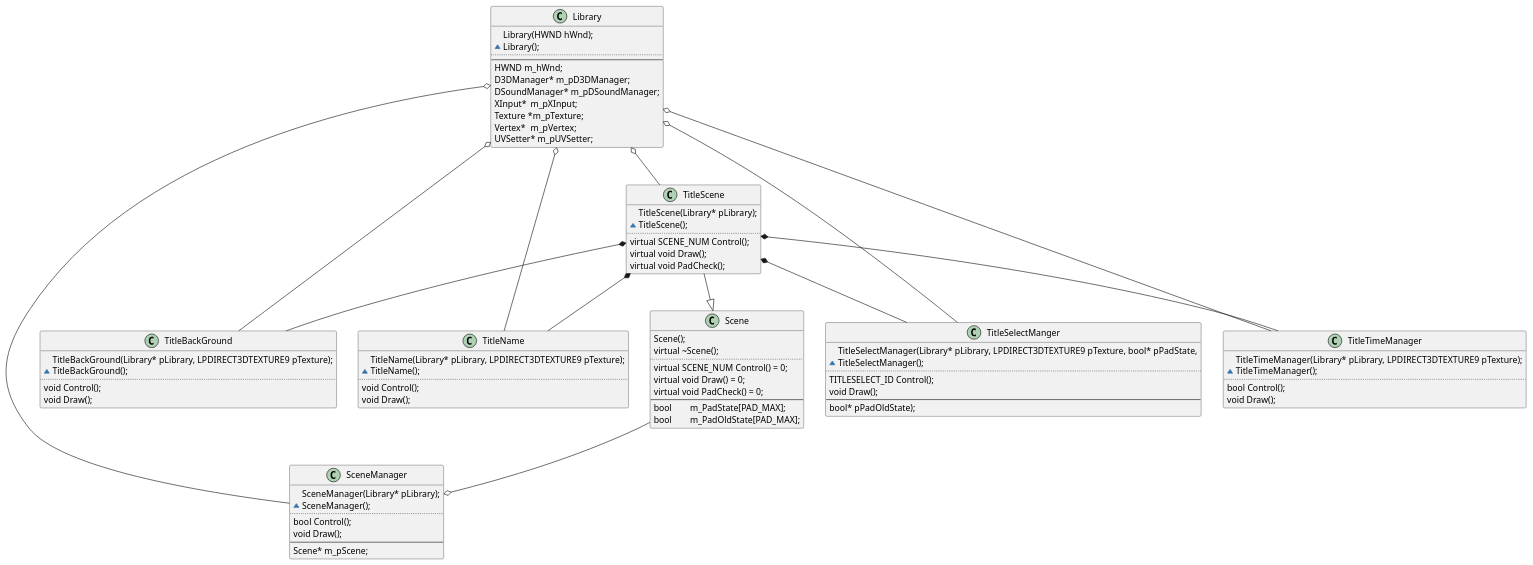
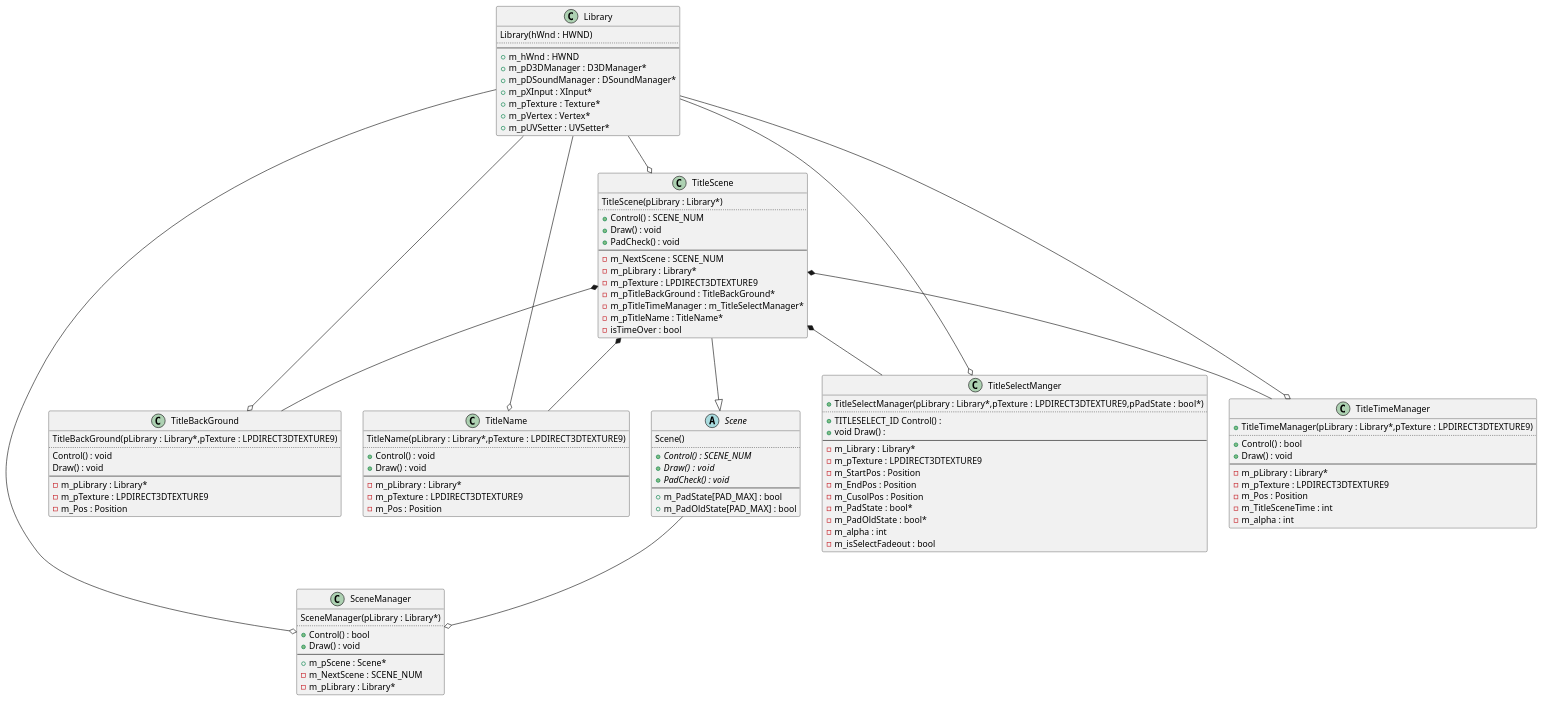
The diagram in 試験/ClassDiagram.pu (human-osaka-game-2019/uml), drawn with PlantUML before and after one commit.

Commit message:
指摘の修正
umlの規則に従って変更
Agreegationの向きの修正
インデントを下げた
セミコロンを削除

```diff
--- a/試験/ClassDiagram.pu
+++ b/試験/ClassDiagram.pu
@@ -1,96 +1,121 @@
 @startuml
 class Library{
-Library(HWND hWnd);
-~Library();
+    Library(hWnd : HWND)
 ..
 --
-HWND m_hWnd;
-D3DManager* m_pD3DManager;
-DSoundManager* m_pDSoundManager;
-XInput*	m_pXInput;
-Texture *m_pTexture;
-Vertex*	m_pVertex;
-UVSetter* m_pUVSetter;
+   + m_hWnd : HWND
+   + m_pD3DManager : D3DManager*
+   + m_pDSoundManager : DSoundManager* 
+   + m_pXInput : XInput*	
+   + m_pTexture : Texture*
+   + m_pVertex : Vertex*
+   + m_pUVSetter : UVSetter* 
 }
 
-class Scene{
-Scene();
-virtual ~Scene();
+abstract class Scene{
+    Scene()
 ..
-virtual SCENE_NUM Control() = 0;
-virtual void Draw() = 0;
-virtual void PadCheck() = 0;
+    {abstract} + Control() : SCENE_NUM
+    {abstract} + Draw() :  void
+    {abstract} + PadCheck() : void 
 --
-bool	m_PadState[PAD_MAX];
-bool	m_PadOldState[PAD_MAX];
+    + m_PadState[PAD_MAX] : bool
+    + m_PadOldState[PAD_MAX] : bool
 }
 
 class SceneManager{
-SceneManager(Library* pLibrary);
-~SceneManager();
+    SceneManager(pLibrary : Library*)
 ..
-bool Control();
-void Draw();
+   + Control() : bool
+   + Draw() : void
 --
-Scene* m_pScene;	
+   + m_pScene : Scene*
+   - m_NextScene : SCENE_NUM 
+   - m_pLibrary : Library*
 }
 
 class TitleBackGround{
-TitleBackGround(Library* pLibrary, LPDIRECT3DTEXTURE9 pTexture);
-~TitleBackGround();
+    TitleBackGround(pLibrary : Library*,pTexture : LPDIRECT3DTEXTURE9)
 ..
-void Control();
-void Draw();
+    Control() : void
+    Draw() : void
+--
+   - m_pLibrary : Library* 
+   - m_pTexture : LPDIRECT3DTEXTURE9 
+   - m_Pos : Position 
 }
 
 class TitleName{
-TitleName(Library* pLibrary, LPDIRECT3DTEXTURE9 pTexture);
-~TitleName();
+    TitleName(pLibrary : Library*,pTexture : LPDIRECT3DTEXTURE9)
 ..
-void Control();
-void Draw();
+   + Control() : void
+   + Draw() : void 
+--
+   - m_pLibrary : Library*
+   - m_pTexture : LPDIRECT3DTEXTURE9 
+   - m_Pos : Position 
 }
 
 class TitleScene{
-TitleScene(Library* pLibrary);
-~TitleScene();
+    TitleScene(pLibrary : Library*)
 ..
-virtual SCENE_NUM Control();
-virtual void Draw();
-virtual void PadCheck();
+   + Control() : SCENE_NUM 
+   + Draw() : void 
+   + PadCheck() : void 
+--
+   - m_NextScene : SCENE_NUM 
+   - m_pLibrary : Library* 
+   - m_pTexture : LPDIRECT3DTEXTURE9 
+   - m_pTitleBackGround : TitleBackGround* 
+   - m_pTitleTimeManager : m_TitleSelectManager* 
+   - m_pTitleName : TitleName* 
+   - isTimeOver : bool 
 }
 
 class TitleSelectManger{
-TitleSelectManager(Library* pLibrary, LPDIRECT3DTEXTURE9 pTexture, bool* pPadState, 
-~TitleSelectManager();
+   + TitleSelectManager(pLibrary : Library*,pTexture : LPDIRECT3DTEXTURE9,pPadState : bool*)
 ..
-TITLESELECT_ID Control();
-void Draw();
+   + TITLESELECT_ID Control() : 
+   + void Draw() : 
 --
-bool* pPadOldState);
+   - m_Library : Library* 
+   - m_pTexture : LPDIRECT3DTEXTURE9 
+   - m_StartPos : Position 
+   - m_EndPos : Position 
+   - m_CusolPos : Position 
+   - m_PadState : bool* 
+   - m_PadOldState : bool* 
+   - m_alpha : int 
+   - m_isSelectFadeout : bool 
 }
 
 class TitleTimeManager{
-TitleTimeManager(Library* pLibrary, LPDIRECT3DTEXTURE9 pTexture);
-~TitleTimeManager();
+   + TitleTimeManager(pLibrary : Library*,pTexture : LPDIRECT3DTEXTURE9)
 ..
-bool Control();
-void Draw();
+   + Control() : bool 
+   + Draw() : void 
+--
+   - m_pLibrary : Library* 
+   - m_pTexture : LPDIRECT3DTEXTURE9
+   - m_Pos : Position 
+   - m_TitleSceneTime : int  
+   - m_alpha : int 
 }
 
-Library o-- SceneManager
-Library o-- TitleBackGround
-Library o-- TitleName
-Library o-- TitleScene
-Library o-- TitleSelectManger
-Library o-- TitleTimeManager
+Library --o SceneManager
+Library --o TitleBackGround
+Library --o TitleName
+Library --o TitleScene
+Library --o TitleSelectManger
+Library --o TitleTimeManager
 
 TitleScene --|> Scene
 
 Scene --o SceneManager
 
 TitleScene *-- TitleName
 TitleScene *-- TitleBackGround
 TitleScene *-- TitleSelectManger
 TitleScene *-- TitleTimeManager
+
 @enduml
```
